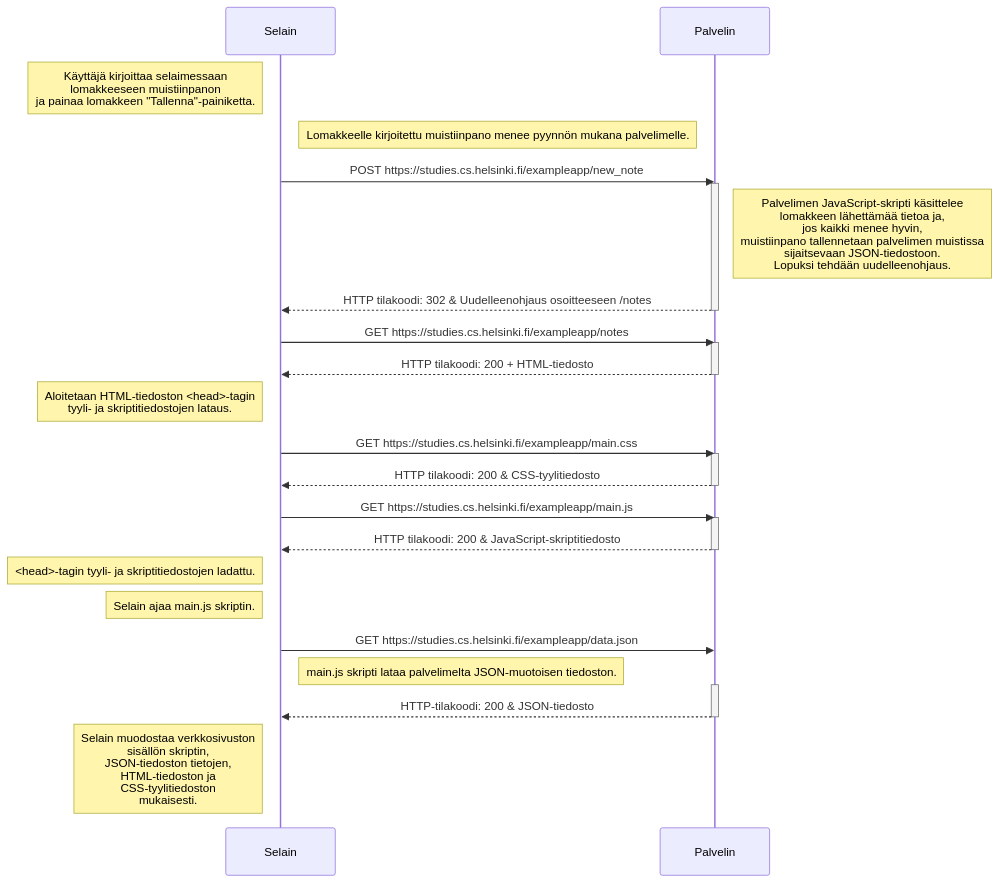
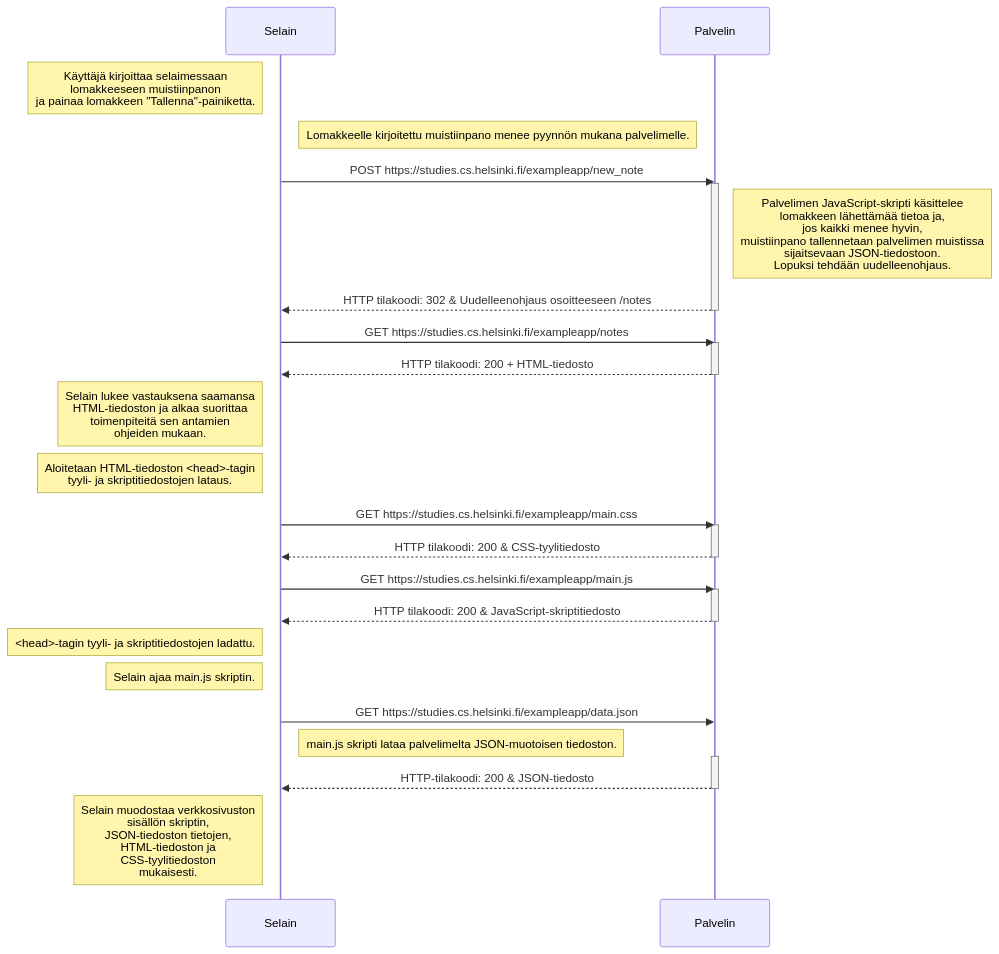
One commit to shamaanikala/FullStack-HY-k2023 changed the diagram in osa0/T0.4.md. Above: the diagram before and after it, drawn with Mermaid.

Commit message:
Tarkennetaan selaimen tekemiä toimenpiteitä

````diff
--- a/osa0/T0.4.md
+++ b/osa0/T0.4.md
@@ -1,43 +1,45 @@
 ```mermaid
 sequenceDiagram
     participant Selain
     participant Palvelin
     
     Note left of Selain: Käyttäjä kirjoittaa selaimessaan<br>lomakkeeseen muistiinpanon<br>ja painaa lomakkeen "Tallenna"-painiketta.
     
     Note right of Selain: Lomakkeelle kirjoitettu muistiinpano menee pyynnön mukana palvelimelle.
     Selain->>Palvelin: POST https://studies.cs.helsinki.fi/exampleapp/new_note
     activate Palvelin
     Note right of Palvelin: Palvelimen JavaScript-skripti käsittelee<br>lomakkeen lähettämää tietoa ja,<br>jos kaikki menee hyvin,<br>muistiinpano tallennetaan palvelimen muistissa<br>sijaitsevaan JSON-tiedostoon.<br>Lopuksi tehdään uudelleenohjaus.
     Palvelin-->>Selain: HTTP tilakoodi: 302 & Uudelleenohjaus osoitteeseen /notes
     deactivate Palvelin
     
     Selain->>Palvelin: GET https://studies.cs.helsinki.fi/exampleapp/notes
     activate Palvelin
     Palvelin-->>Selain: HTTP tilakoodi: 200 + HTML-tiedosto
     deactivate Palvelin
+    
+    Note left of Selain: Selain lukee vastauksena saamansa<br>HTML-tiedoston ja alkaa suorittaa<br>toimenpiteitä sen antamien<br>ohjeiden mukaan.
     
     Note left of Selain: Aloitetaan HTML-tiedoston <head>-tagin<br>tyyli- ja skriptitiedostojen lataus.
     
     Selain->>Palvelin: GET https://studies.cs.helsinki.fi/exampleapp/main.css
     activate Palvelin
     Palvelin-->>Selain: HTTP tilakoodi: 200 & CSS-tyylitiedosto
     deactivate Palvelin
     
     Selain->>Palvelin: GET https://studies.cs.helsinki.fi/exampleapp/main.js
     activate Palvelin
     Palvelin-->>Selain: HTTP tilakoodi: 200 & JavaScript-skriptitiedosto
     deactivate Palvelin
     
     Note left of Selain: <head>-tagin tyyli- ja skriptitiedostojen ladattu.
     
     Note left of Selain: Selain ajaa main.js skriptin.
     
     Selain->>Palvelin: GET https://studies.cs.helsinki.fi/exampleapp/data.json
     Note right of Selain: main.js skripti lataa palvelimelta JSON-muotoisen tiedoston.
     activate Palvelin
     Palvelin-->>Selain: HTTP-tilakoodi: 200 & JSON-tiedosto
     deactivate Palvelin
     
     Note left of Selain: Selain muodostaa verkkosivuston<br>sisällön skriptin,<br>JSON-tiedoston tietojen,<br>HTML-tiedoston ja<br>CSS-tyylitiedoston<br>mukaisesti.
 ```
````
